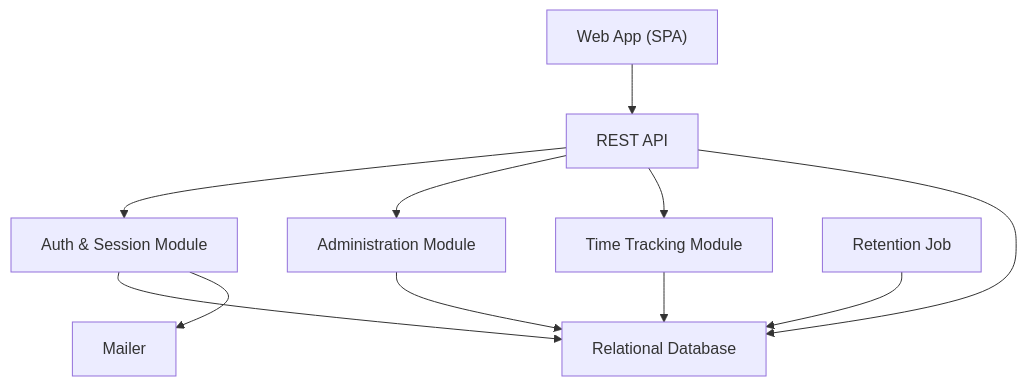
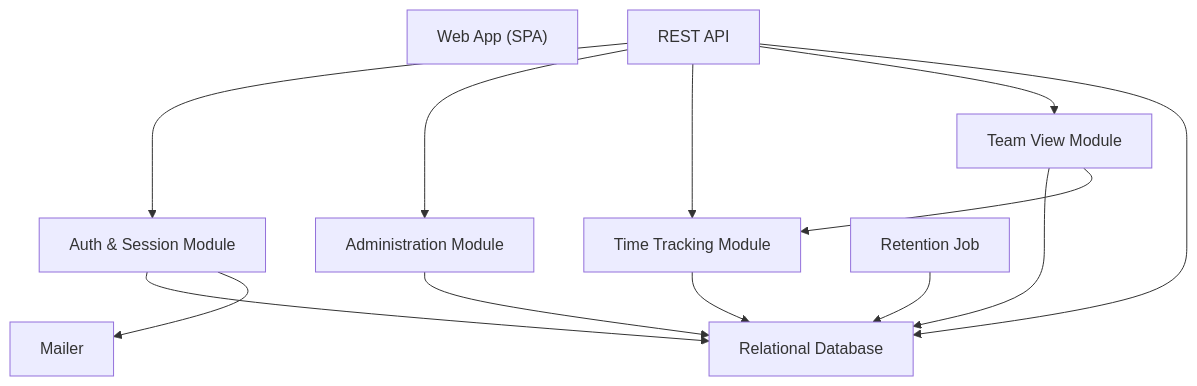
The first of 7 diagrams in docs/sdlc/architecture/README.md (pavands20/timetrack-pro-v1), drawn with Mermaid before and after one commit. The commit also changed other lines of this file and 12 other files, not shown here.

````diff
--- a/docs/sdlc/architecture/README.md
+++ b/docs/sdlc/architecture/README.md
@@ -448,21 +580,24 @@
 ```mermaid
 graph TD
   c_web_spa["Web App (SPA)"]
   c_api["REST API"]
   c_auth_service["Auth & Session Module"]
   c_admin_service["Administration Module"]
   c_time_service["Time Tracking Module"]
+  c_team_service["Team View Module"]
   c_mailer["Mailer"]
   c_retention_job["Retention Job"]
   c_db["Relational Database"]
-  c_web_spa --> c_api
   c_api --> c_auth_service
   c_api --> c_admin_service
   c_api --> c_time_service
+  c_api --> c_team_service
   c_api --> c_db
   c_auth_service --> c_db
   c_auth_service --> c_mailer
   c_admin_service --> c_db
   c_time_service --> c_db
+  c_team_service --> c_db
+  c_team_service --> c_time_service
   c_retention_job --> c_db
 ```
````
